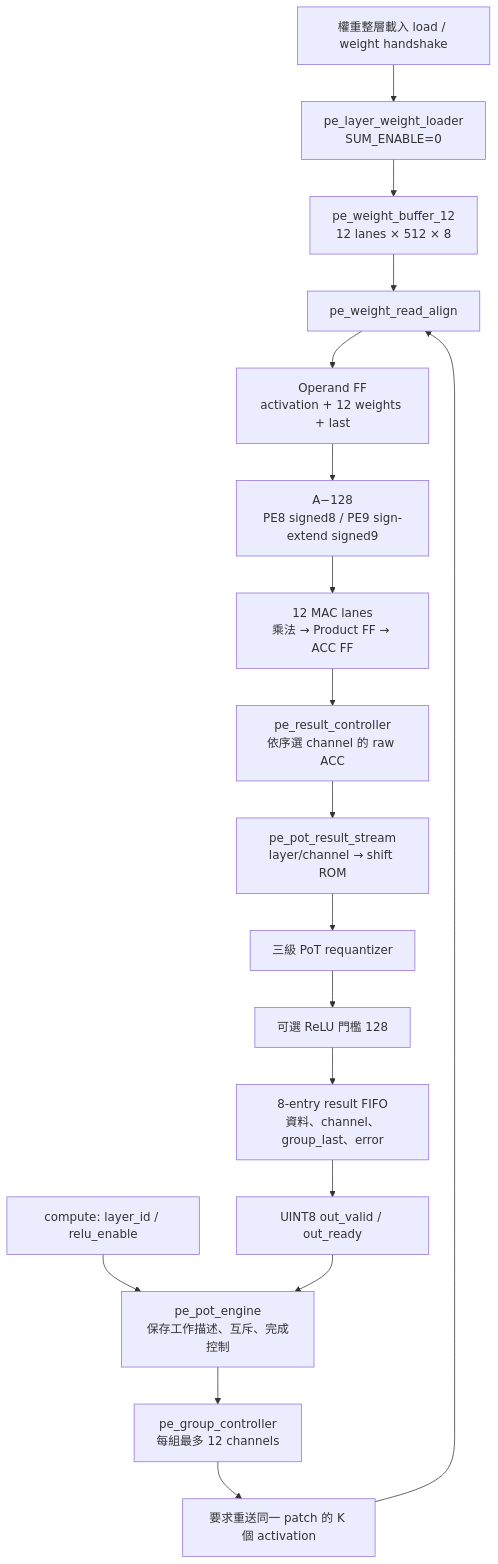
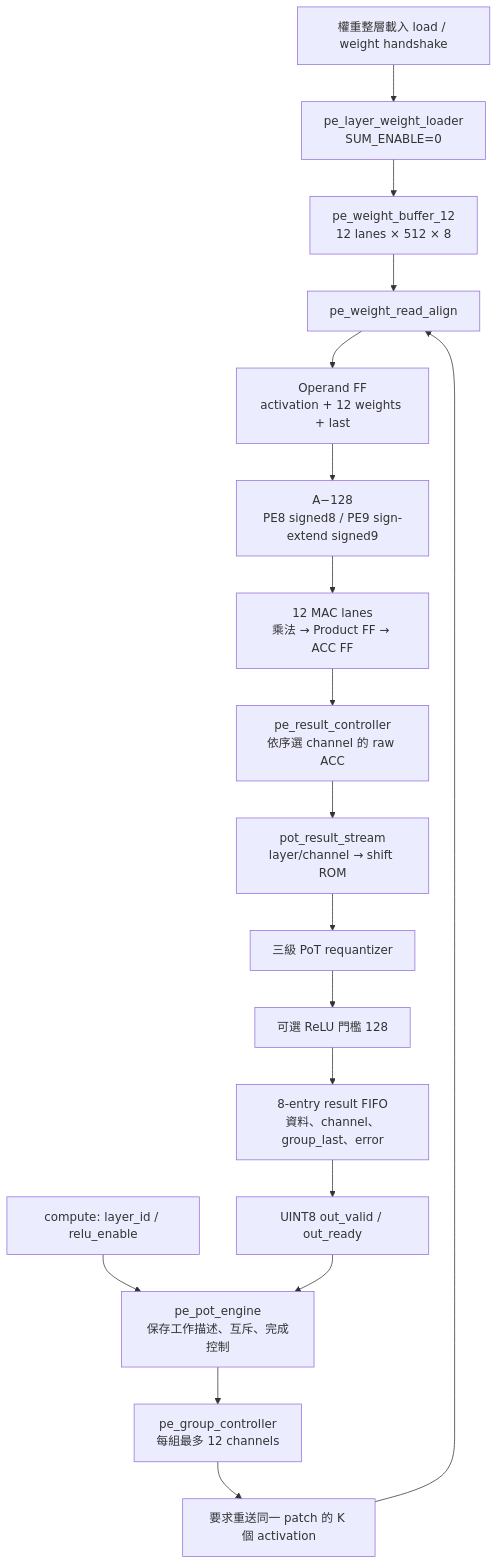
One commit to Lswen-Lee/KWS_DNN_Hybrid changed the first of 4 diagrams in HYBRID_SYSTEM/docs/PE_POT_INTEGRATION.md. Above: the diagram before and after it, drawn with Mermaid. The commit also changed other lines of this file and 20 other files, not shown here.

````diff
--- a/HYBRID_SYSTEM/docs/PE_POT_INTEGRATION.md
+++ b/HYBRID_SYSTEM/docs/PE_POT_INTEGRATION.md
@@ -30,20 +30,20 @@
 ```mermaid
 flowchart TD
     HOST[權重整層載入 load / weight handshake] --> LOAD[pe_layer_weight_loader\nSUM_ENABLE=0]
     LOAD --> RAM[pe_weight_buffer_12\n12 lanes × 512 × 8]
     CMD[compute: layer_id / relu_enable] --> JOB[pe_pot_engine\n保存工作描述、互斥、完成控制]
     JOB --> GROUP[pe_group_controller\n每組最多 12 channels]
     GROUP --> REPLAY[要求重送同一 patch 的 K 個 activation]
     REPLAY --> ALIGN[pe_weight_read_align]
     RAM --> ALIGN
     ALIGN --> OPERAND[Operand FF\nactivation + 12 weights + last]
     OPERAND --> CONVERT[A−128\nPE8 signed8 / PE9 sign-extend signed9]
     CONVERT --> MAC[12 MAC lanes\n乘法 → Product FF → ACC FF]
     MAC --> RESULT[pe_result_controller\n依序選 channel 的 raw ACC]
-    RESULT --> STREAM[pe_pot_result_stream\nlayer/channel → shift ROM]
+    RESULT --> STREAM[pot_result_stream\nlayer/channel → shift ROM]
     STREAM --> QUANT[三級 PoT requantizer]
     QUANT --> RELU[可選 ReLU 門檻 128]
     RELU --> FIFO[8-entry result FIFO\n資料、channel、group_last、error]
     FIFO --> OUT[UINT8 out_valid / out_ready]
     OUT --> JOB
 ```
````
